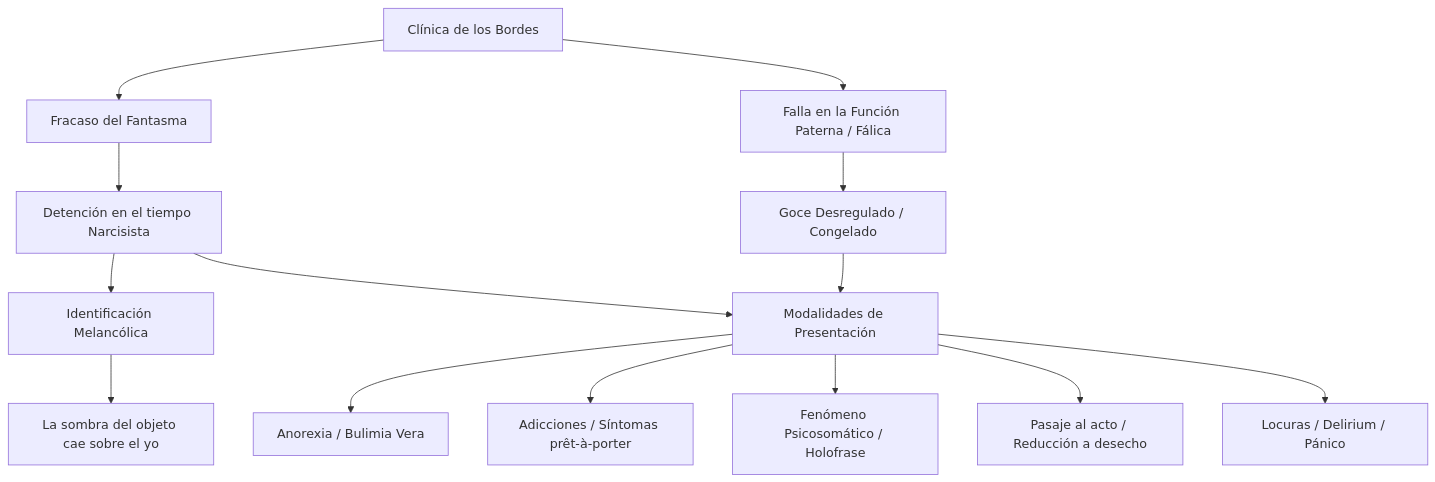
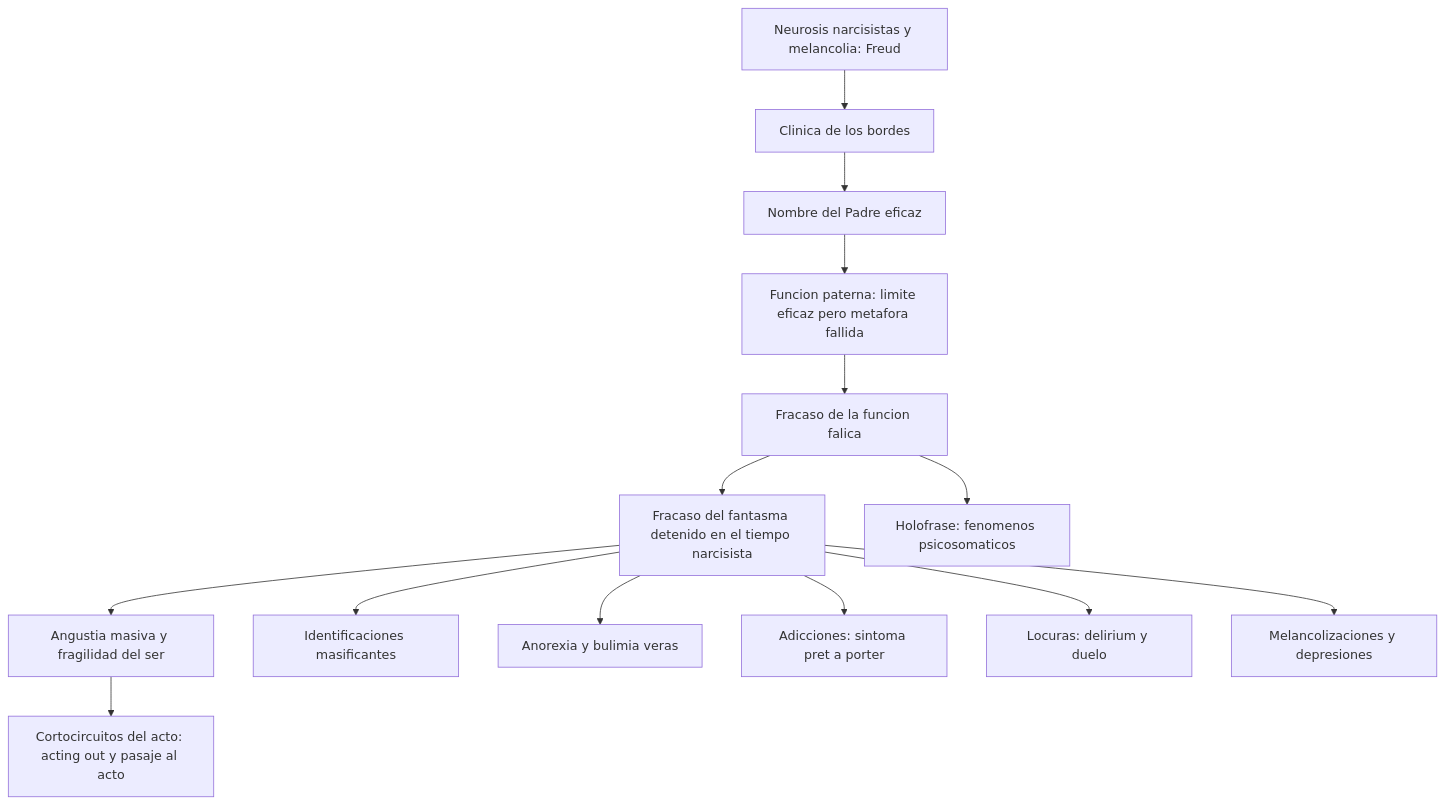
The diagram in 2do Año/Psicoanálisis/3_Guias_de_Estudio/C19_20_ClinicaDeLosBordes_Guia.md (Franco4447/psicologia-favaloro), drawn with Mermaid before and after one commit. The commit also changed other lines of this file and 45 other files, not shown here.

````diff
--- a/2do Año/Psicoanálisis/3_Guias_de_Estudio/C19_20_ClinicaDeLosBordes_Guia.md
+++ b/2do Año/Psicoanálisis/3_Guias_de_Estudio/C19_20_ClinicaDeLosBordes_Guia.md
@@ -36,20 +289,16 @@
 ```mermaid
 graph TD
-    A[Clínica de los Bordes] --> B[Fracaso del Fantasma]
-    A --> C[Falla en la Función Paterna / Fálica]
-    
-    B --> D[Detención en el tiempo Narcisista]
-    C --> E[Goce Desregulado / Congelado]
-    
-    D --> F[Identificación Melancólica]
-    F --> G[La sombra del objeto cae sobre el yo]
-    
-    E --> H[Modalidades de Presentación]
-    D --> H
-    
-    H --> I[Anorexia / Bulimia Vera]
-    H --> J[Adicciones / Síntomas prêt-à-porter]
-    H --> K[Fenómeno Psicosomático / Holofrase]
-    H --> L[Pasaje al acto / Reducción a desecho]
-    H --> M[Locuras / Delirium / Pánico]
+    A[Neurosis narcisistas y melancolia: Freud] --> B[Clinica de los bordes]
+    B --> C[Nombre del Padre eficaz]
+    C --> D[Funcion paterna: limite eficaz pero metafora fallida]
+    D --> E[Fracaso de la funcion falica]
+    E --> F[Fracaso del fantasma detenido en el tiempo narcisista]
+    F --> G[Angustia masiva y fragilidad del ser]
+    F --> H[Identificaciones masificantes]
+    G --> I[Cortocircuitos del acto: acting out y pasaje al acto]
+    F --> J[Anorexia y bulimia veras]
+    E --> K[Holofrase: fenomenos psicosomaticos]
+    F --> L[Adicciones: sintoma pret a porter]
+    F --> M[Locuras: delirium y duelo]
+    F --> N[Melancolizaciones y depresiones]
 ```
````
